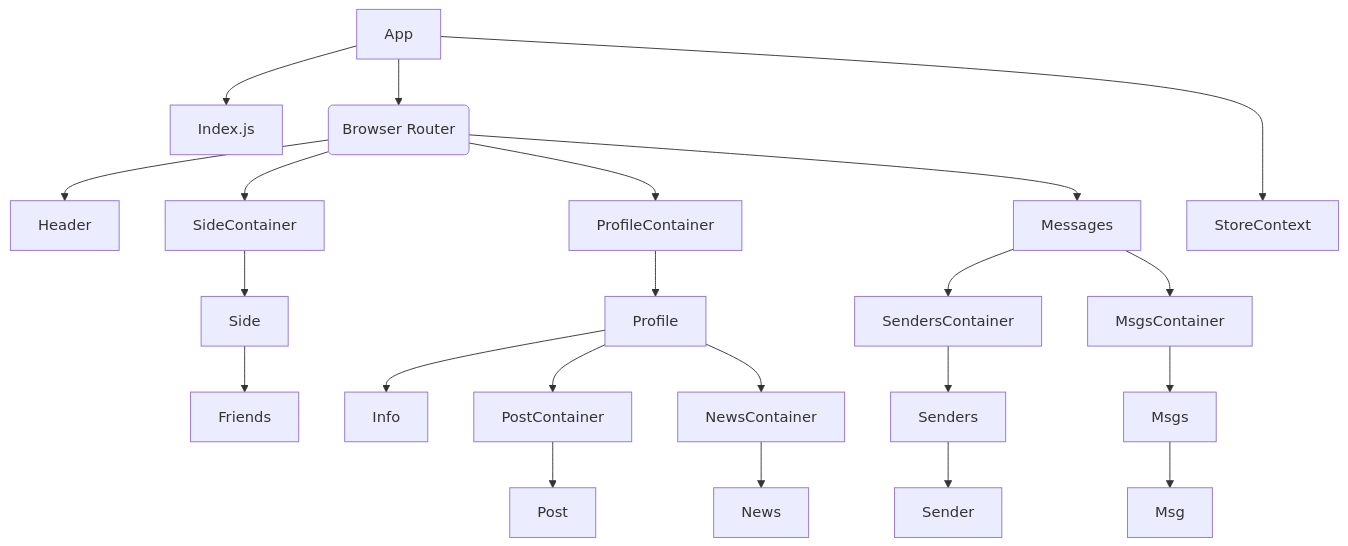
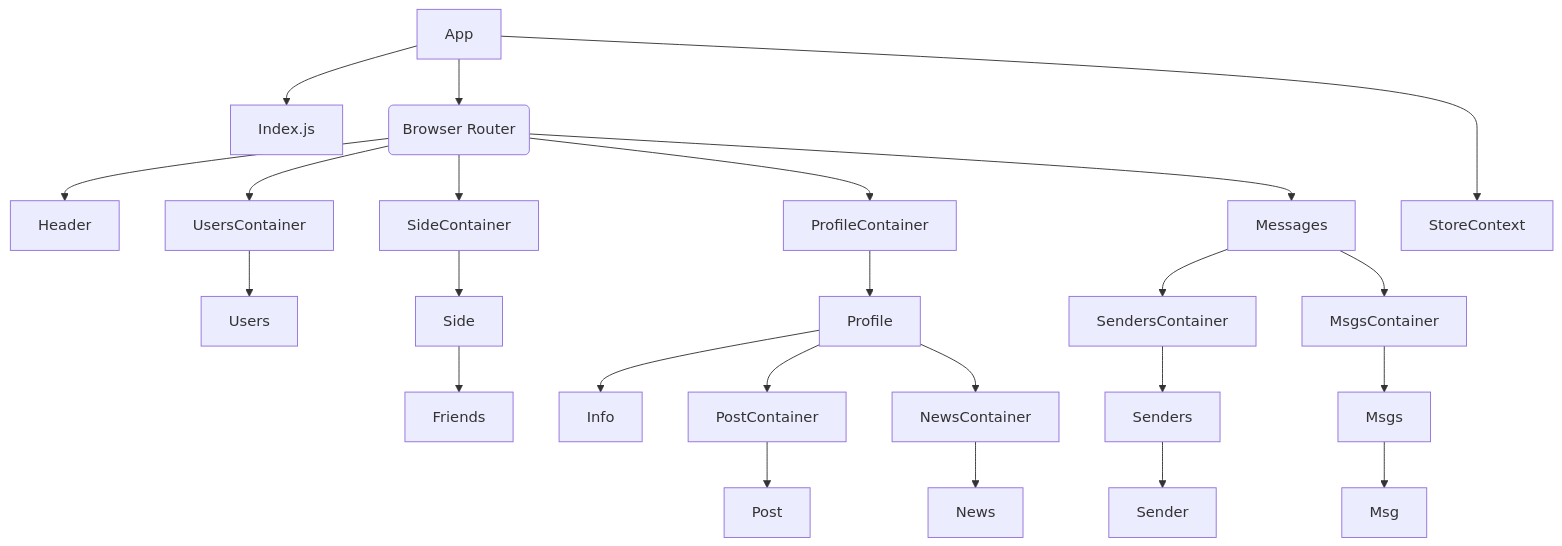
One commit to anna1luna/react_redux changed the diagram in my-app/README.md. Above: the diagram before and after it, drawn with Mermaid.

````diff
--- a/my-app/README.md
+++ b/my-app/README.md
@@ -1,30 +1,31 @@
 ```mermaid
 
 
 flowchart TD;
     0[Index.js]
     A[App] -->0
 A[App] -->B(Browser Router);
 B --> D[Header];
+B --> C[UsersContainer]
 B -->E[SideContainer];
 B -->F[ProfileContainer];
 B -->G[Messages];
+C-->C1[Users]
 F[ProfileContainer] -->FF[Profile]
 FF -->F1[Info];
 FF -->F2[PostContainer];
 FF -->F3[NewsContainer];
 G[Messages] -->G1[SendersContainer];
 G -->G2[MsgsContainer];
 G1[SendersContainer]-->G1_1[Senders];
 G1_1[Senders] --> G1_2[Sender]
 E[SideContainer]-->EE[Side]
 EE -->E1[Friends]
  F2 --> PostContainer[Post ];
  F3 --> NewsContainer[News ];
  G2  --> G2_2[Msgs];
  G2_2 --> G_2_2[Msg]
  A[App] --->A1[StoreContext]
 
 
-
 ```
````
